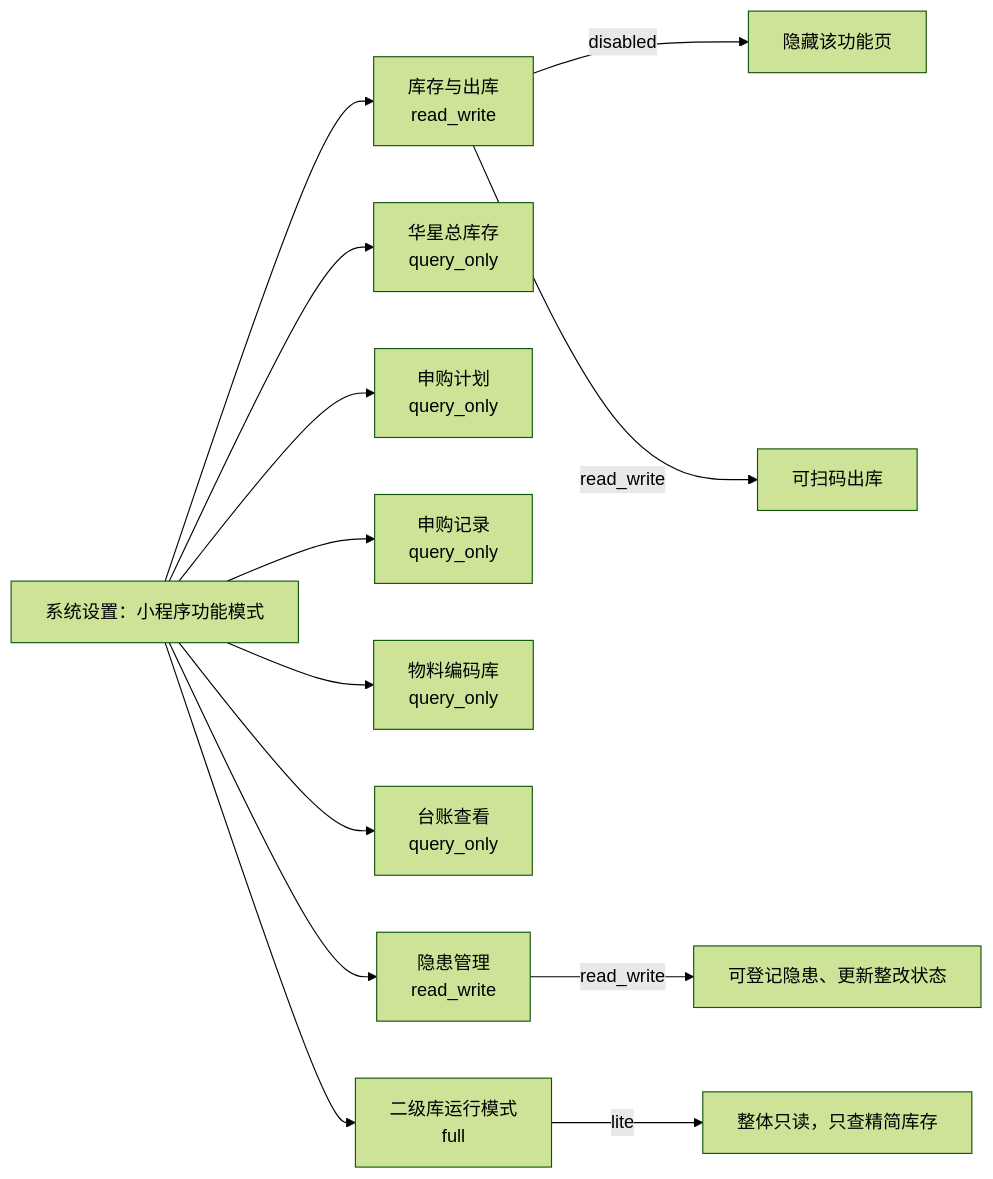
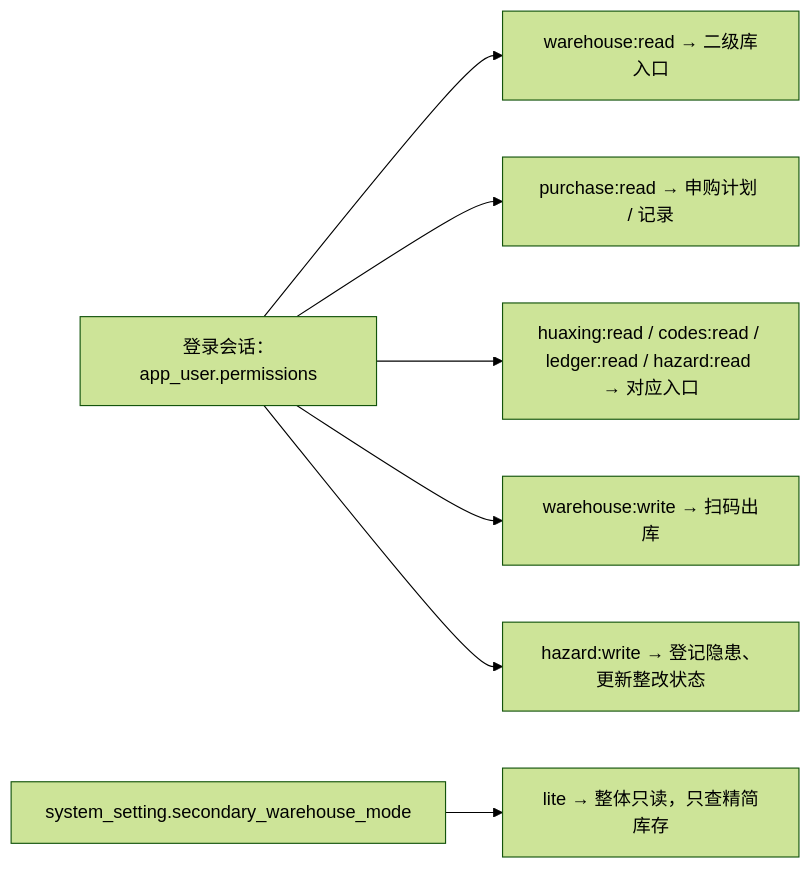
One commit to Sakana-1314/Electrical-Manager changed the ninth of 9 diagrams in docs/websites/pages/dev-architecture.md. Above: the diagram before and after it, drawn with Mermaid (forest theme). The commit also changed other lines of this file and 86 other files, not shown here.

````diff
--- a/docs/websites/pages/dev-architecture.md
+++ b/docs/websites/pages/dev-architecture.md
@@ -1090,15 +1100,9 @@
 ```mermaid
 flowchart LR
-    S["系统设置：小程序功能模式"] --> I["库存与出库<br/>read_write"]
-    S --> H["华星总库存<br/>query_only"]
-    S --> P["申购计划<br/>query_only"]
-    S --> R["申购记录<br/>query_only"]
-    S --> C["物料编码库<br/>query_only"]
-    S --> G["台账查看<br/>query_only"]
-    S --> Z["隐患管理<br/>read_write"]
-    S --> L["二级库运行模式<br/>full"]
-    I -- "disabled" --> I1["隐藏该功能页"]
-    I -- "read_write" --> I2["可扫码出库"]
-    Z -- "read_write" --> Z2["可登记隐患、更新整改状态"]
-    L -- "lite" --> L1["整体只读，只查精简库存"]
+    U["登录会话：app_user.permissions"] --> R1["warehouse:read → 二级库入口"]
+    U --> R2["purchase:read → 申购计划 / 记录"]
+    U --> R3["huaxing:read / codes:read / ledger:read / hazard:read → 对应入口"]
+    U --> W1["warehouse:write → 扫码出库"]
+    U --> W2["hazard:write → 登记隐患、更新整改状态"]
+    S["system_setting.secondary_warehouse_mode"] --> L["lite → 整体只读，只查精简库存"]
 ```
````
